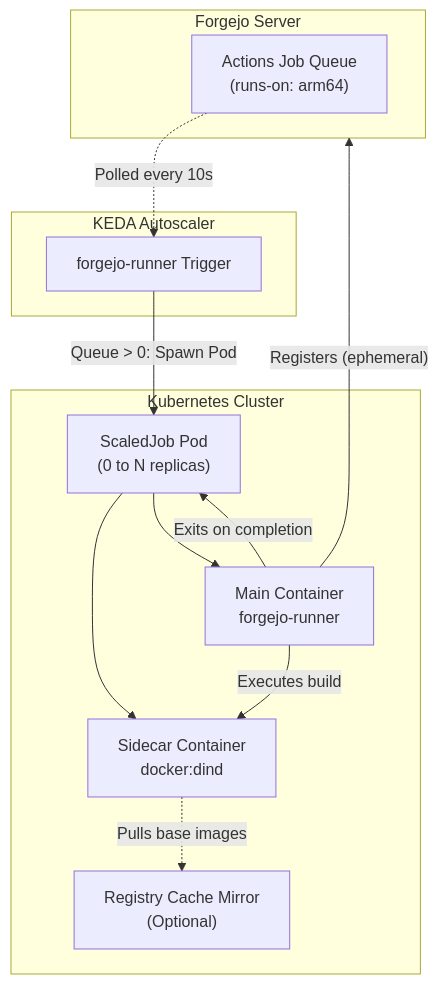
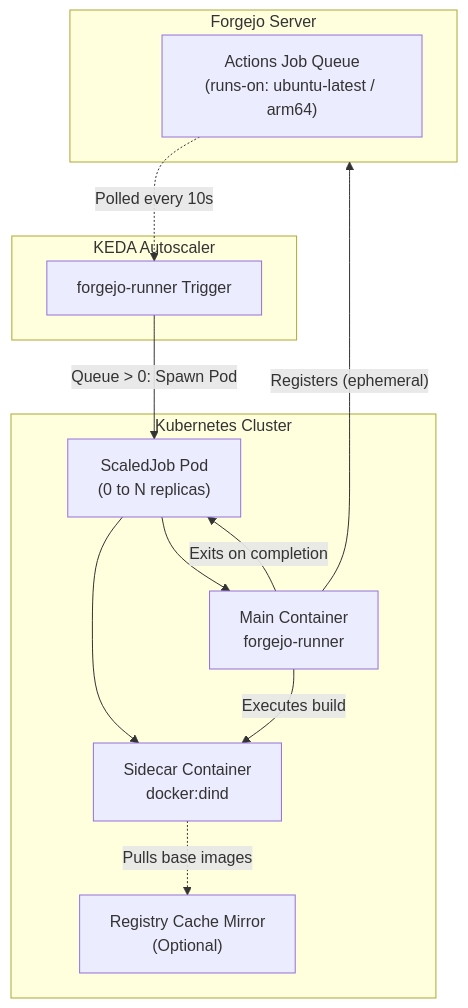
The diagram in README.md (ultimaterex/forgejo-runner-k8s), drawn with Mermaid before and after one commit. The commit also changed other lines of this file and 1 other file, not shown here.

Commit message:
docs: make chart architecture-neutral with optional ARM64 pin instructions

````diff
--- a/README.md
+++ b/README.md
@@ -7,26 +9,26 @@
 ```mermaid
 flowchart TD
     subgraph Forgejo ["Forgejo Server"]
-        Queue["Actions Job Queue<br/>(runs-on: arm64)"]
+        Queue["Actions Job Queue<br/>(runs-on: ubuntu-latest / arm64)"]
     end
 
     subgraph KEDA ["KEDA Autoscaler"]
         Scaler["forgejo-runner Trigger"]
     end
 
     subgraph Cluster ["Kubernetes Cluster"]
         Job["ScaledJob Pod<br/>(0 to N replicas)"]
         DinD["Sidecar Container<br/>docker:dind"]
         Runner["Main Container<br/>forgejo-runner"]
         Cache["Registry Cache Mirror<br/>(Optional)"]
     end
 
     Queue -. "Polled every 10s" .-> Scaler
     Scaler -- "Queue > 0: Spawn Pod" --> Job
     Job --> DinD
     Job --> Runner
     DinD -. "Pulls base images" .-> Cache
     Runner -- "Registers (ephemeral)" --> Forgejo
     Runner -- "Executes build" --> DinD
     Runner -- "Exits on completion" --> Job
 ```
````
